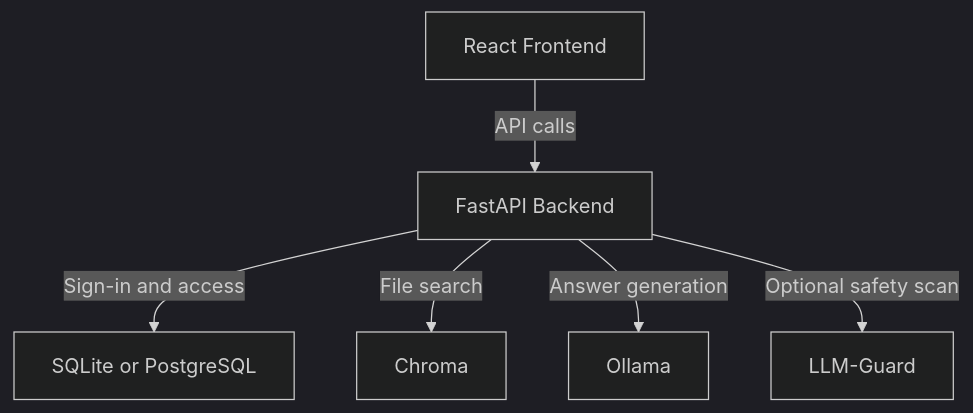
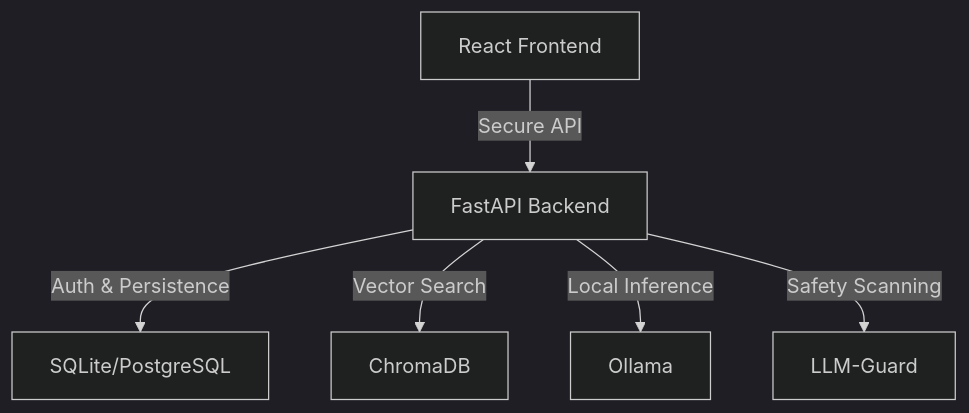
The diagram in README.md (burmeseitman/drifting-apollo), drawn with Mermaid (dark theme) before and after one commit. The commit also changed other lines of this file, not shown here.

````diff
--- a/README.md
+++ b/README.md
@@ -63,8 +43,8 @@
 ```mermaid
 graph TD
-    UI["React Frontend"] -->|API calls| API["FastAPI Backend"]
-    API -->|Sign-in and access| DB["SQLite or PostgreSQL"]
-    API -->|File search| CHROMA["Chroma"]
-    API -->|Answer generation| OLLAMA["Ollama"]
-    API -->|Optional safety scan| GUARD["LLM-Guard"]
+    UI["React Frontend"] -->|Secure API| API["FastAPI Backend"]
+    API -->|Auth & Persistence| DB["SQLite/PostgreSQL"]
+    API -->|Vector Search| CHROMA["ChromaDB"]
+    API -->|Local Inference| OLLAMA["Ollama"]
+    API -->|Safety Scanning| GUARD["LLM-Guard"]
 ```
````
